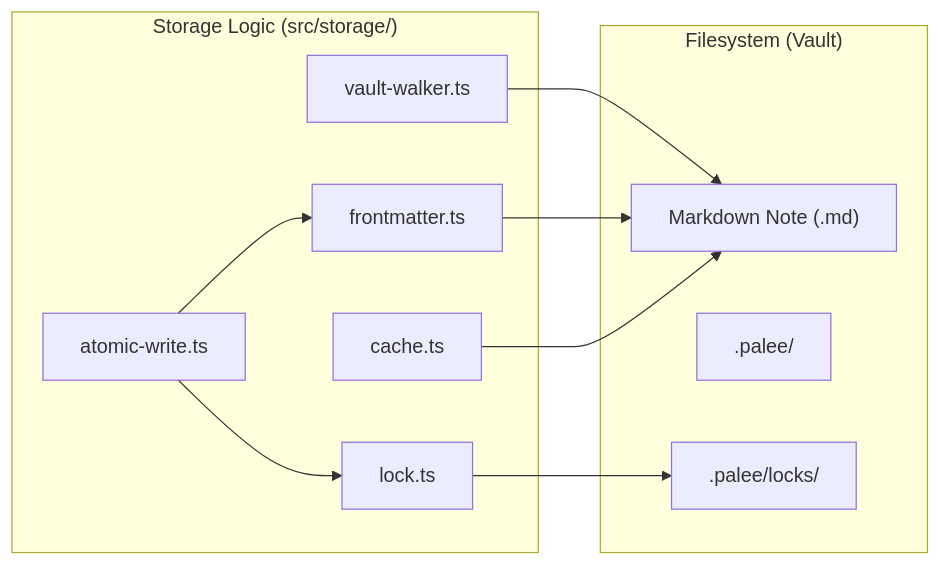
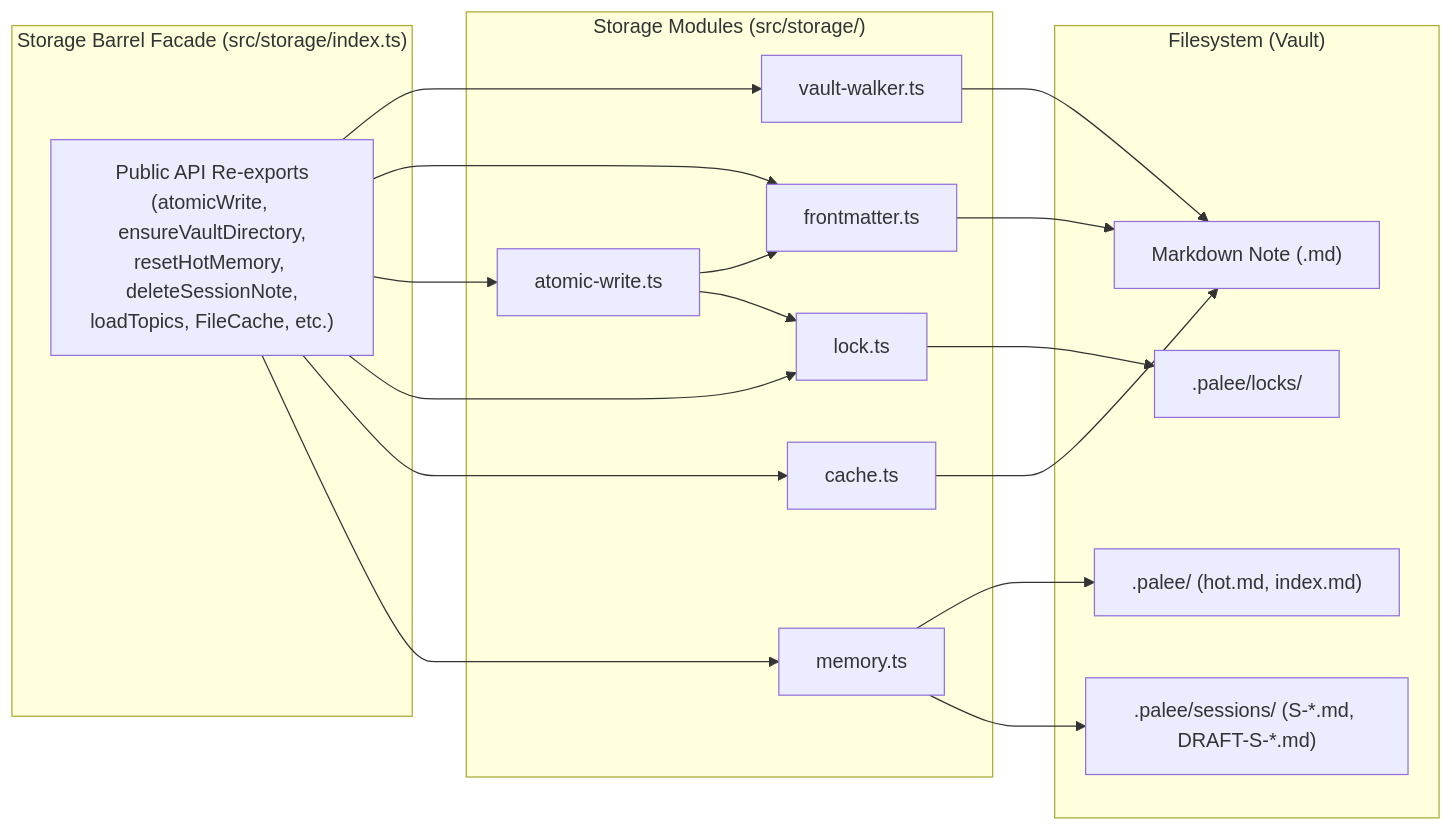
The first of 2 diagrams in docs/04-0-storage-layer.md (Kuldeep2822k/cli), drawn with Mermaid before and after one commit. The commit also changed other lines of this file and 35 other files, not shown here.

Commit message:
feat(core): implement Phase 1 storage isolation, session duration, and concurrency resilience (#86, #87, #88, #89, #90, #91)

````diff
--- a/docs/04-0-storage-layer.md
+++ b/docs/04-0-storage-layer.md
@@ -34,21 +36,29 @@
 ```mermaid
 flowchart LR
-    subgraph subGraph1 ["Storage Logic (src/storage/)"]
+    subgraph subGraphFacade ["Storage Barrel Facade (src/storage/index.ts)"]
+        Facade["Public API Re-exports<br/>(atomicWrite, ensureVaultDirectory,<br/>resetHotMemory, deleteSessionNote,<br/>loadTopics, FileCache, etc.)"]
+    end
+    subgraph subGraph1 ["Storage Modules (src/storage/)"]
         VW["vault-walker.ts"]
         FM["frontmatter.ts"]
         AW["atomic-write.ts"]
         LC["lock.ts"]
         CH["cache.ts"]
+        MEM["memory.ts"]
     end
     subgraph subGraph0 ["Filesystem (Vault)"]
         Note["Markdown Note (.md)"]
-        PaleeDir[".palee/"]
+        PaleeDir[".palee/ (hot.md, index.md)"]
+        SessionsDir[".palee/sessions/ (S-*.md, DRAFT-S-*.md)"]
         LockDir[".palee/locks/"]
     end
+    
+    Facade --> VW & FM & AW & LC & CH & MEM
     VW --> Note
     FM --> Note
     AW --> FM
     AW --> LC
     LC --> LockDir
     CH --> Note
+    MEM --> PaleeDir & SessionsDir
 ```
````
